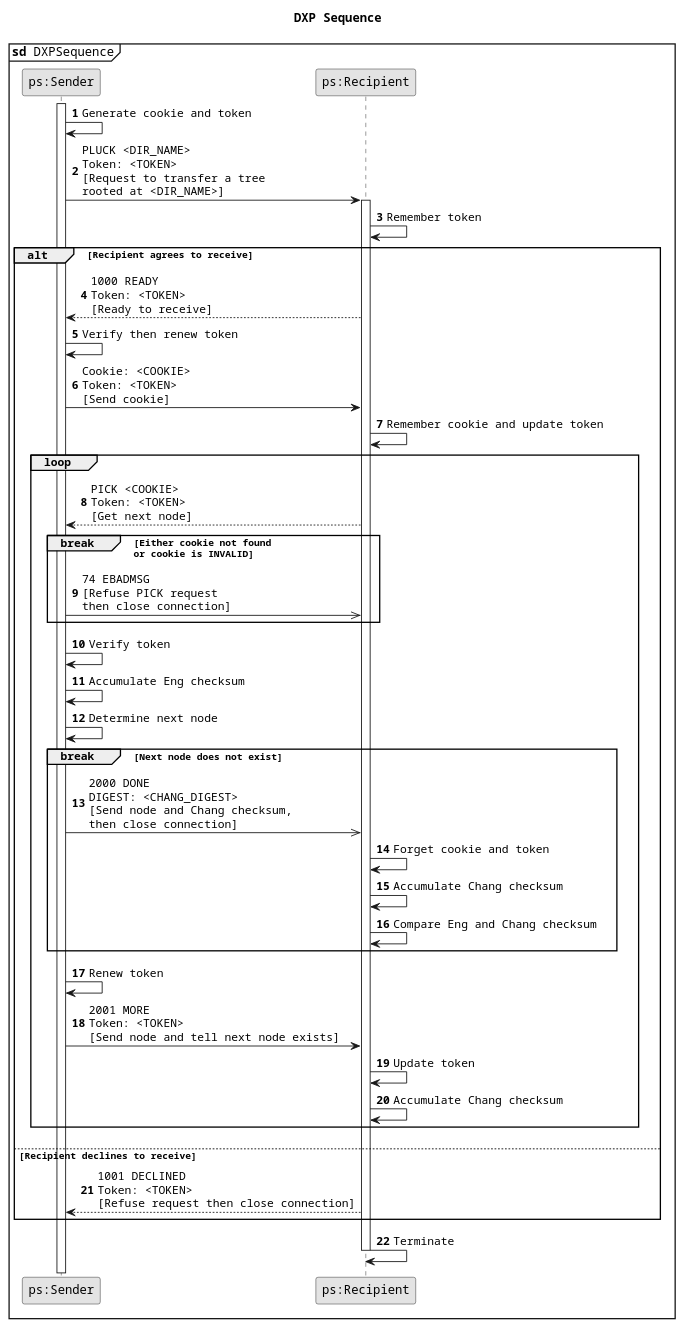
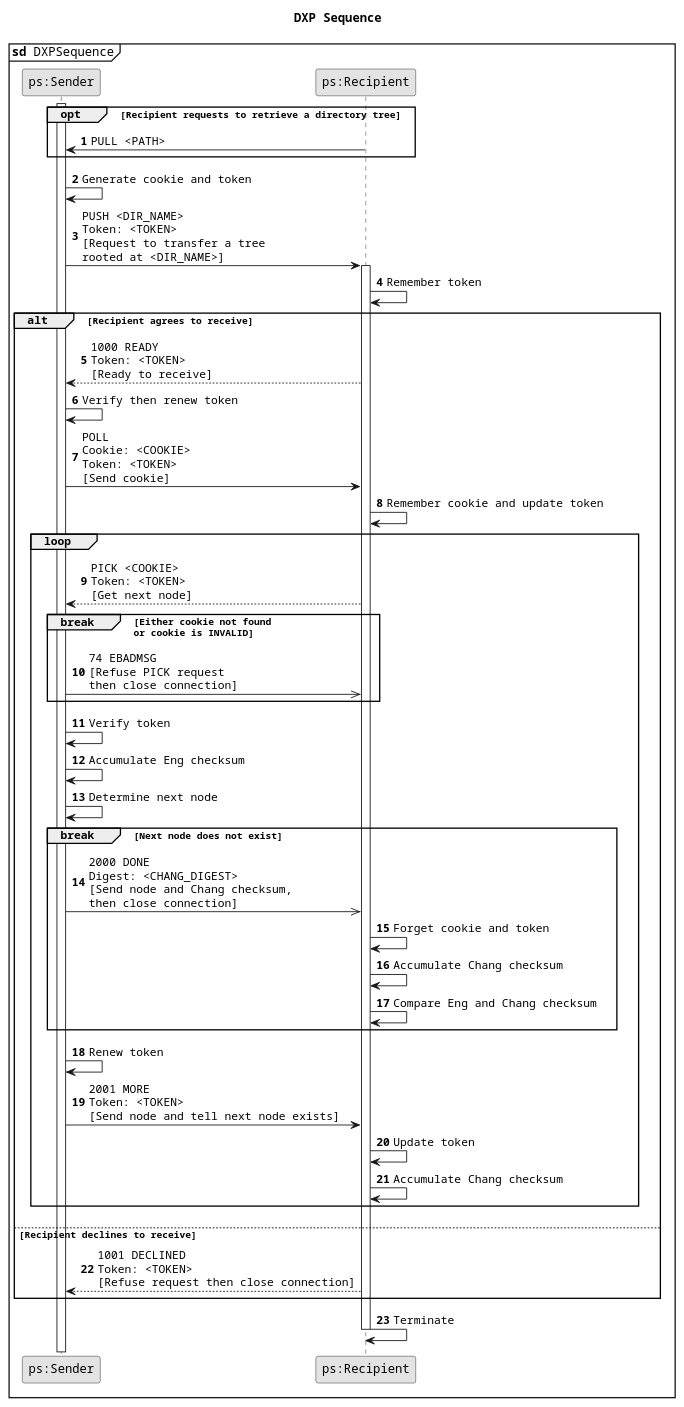
One commit to naiithink/pastree changed the diagram in spec/figures/dxp-sequence.puml. Above: the diagram before and after it, drawn with PlantUML. The commit also changed 4 other files, not shown here.

```diff
--- a/spec/figures/dxp-sequence.puml
+++ b/spec/figures/dxp-sequence.puml
@@ -1,78 +1,86 @@
 @startuml
 !pragma teoz true
 skinparam monochrome true
 skinparam defaultFontName Courier
 
 title DXP Sequence
 mainframe **sd** DXPSequence
 
 participant "ps:Sender" as Sender
 participant "ps:Recipient" as Recipient
 
 autonumber
 activate Sender
 
+' opt 0
+opt Recipient requests to retrieve a directory tree
+
+Recipient -> Sender: PULL <PATH>
+
+' opt 0
+end
+
 Sender -> Sender: Generate cookie and token
-Sender -> Recipient: PLUCK <DIR_NAME>\nToken: <TOKEN>\n[Request to transfer a tree\nrooted at <DIR_NAME>]
+Sender -> Recipient: PUSH <DIR_NAME>\nToken: <TOKEN>\n[Request to transfer a tree\nrooted at <DIR_NAME>]
 
 activate Recipient
 
 Recipient -> Recipient: Remember token
 
-' alt 1
+' alt 0
 alt Recipient agrees to receive
 
 Recipient --> Sender: 1000 READY\nToken: <TOKEN>\n[Ready to receive]
 Sender -> Sender: Verify then renew token
-Sender -> Recipient: Cookie: <COOKIE>\nToken: <TOKEN>\n[Send cookie]
+Sender -> Recipient: POLL\nCookie: <COOKIE>\nToken: <TOKEN>\n[Send cookie]
 Recipient -> Recipient: Remember cookie and update token
 
-' loop 1
+' loop 0
 loop
 
 Recipient --> Sender: PICK <COOKIE>\nToken: <TOKEN>\n[Get next node]
 
-' break 1
+' break 0
 break Either cookie not found\nor cookie is INVALID
 
 Sender ->> Recipient: 74 EBADMSG\n[Refuse PICK request\nthen close connection]
 
-' break 1
+' break 0
 end
 
 Sender -> Sender: Verify token
 Sender -> Sender: Accumulate Eng checksum
 Sender -> Sender: Determine next node
 
-' break 2
+' break 1
 break Next node does not exist
 
-Sender ->> Recipient: 2000 DONE\nDIGEST: <CHANG_DIGEST>\n[Send node and Chang checksum,\nthen close connection]
+Sender ->> Recipient: 2000 DONE\nDigest: <CHANG_DIGEST>\n[Send node and Chang checksum,\nthen close connection]
 Recipient -> Recipient: Forget cookie and token
 Recipient -> Recipient: Accumulate Chang checksum
 Recipient -> Recipient: Compare Eng and Chang checksum
 
-' break 2
+' break 1
 end
 
 Sender -> Sender: Renew token
 Sender -> Recipient: 2001 MORE\nToken: <TOKEN>\n[Send node and tell next node exists]
 Recipient -> Recipient: Update token
 Recipient -> Recipient: Accumulate Chang checksum
 
-' loop 1
+' loop 0
 end
 
-' alt 1
+' alt 0
 else Recipient declines to receive
 
 Recipient --> Sender: 1001 DECLINED\nToken: <TOKEN>\n[Refuse request then close connection]
 
-'alt 1
+'alt 0
 end
 
 Recipient -> Recipient: Terminate
 
 deactivate Recipient
 deactivate Sender
 @enduml
```
